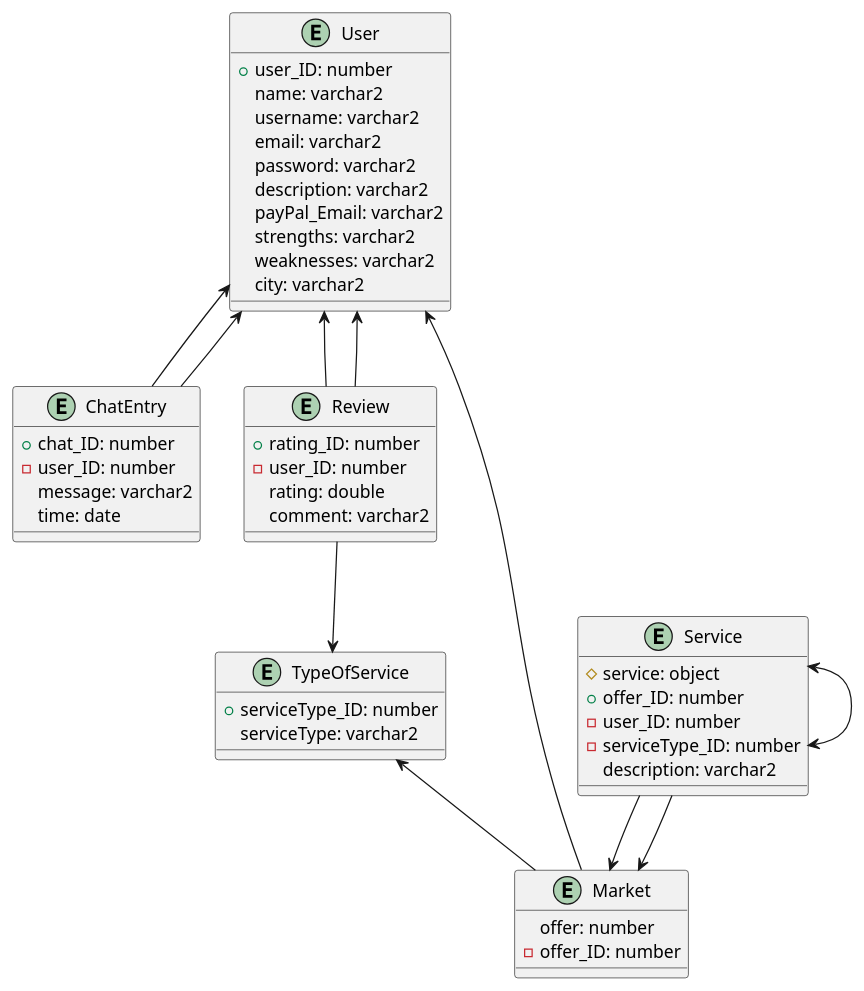
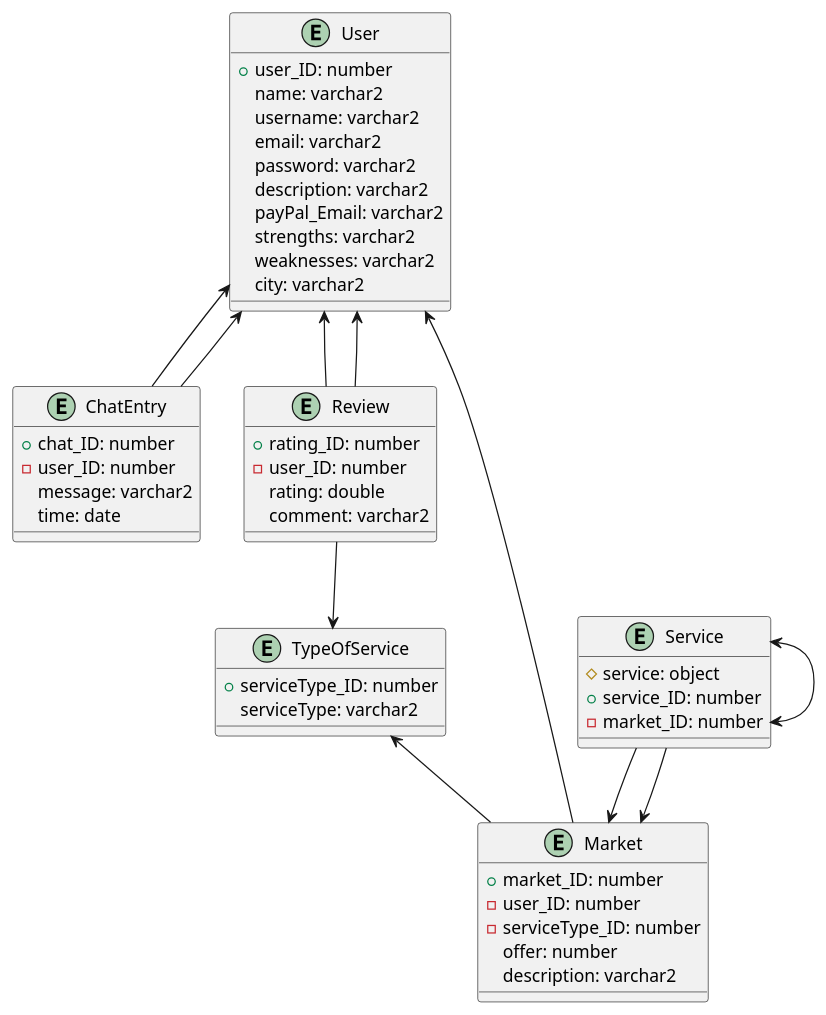
One commit to 2425-4chif-syp/01-projekte-d4d changed the third of 3 diagrams in documenation/Project_Description.adoc. Above: the diagram before and after it, drawn with PlantUML.

Commit message:
docs: Correcting ERD

```diff
--- a/documenation/Project_Description.adoc
+++ b/documenation/Project_Description.adoc
@@ -117,60 +117,61 @@
 ["plantuml"]
 ----
 @startuml
 entity "User" as User {
 +user_ID: number
 name: varchar2
 username: varchar2
 email: varchar2
 password: varchar2
 description: varchar2
 payPal_Email: varchar2
 strengths: varchar2
 weaknesses: varchar2
 city: varchar2
 }
 
 entity "TypeOfService" as TypeOfService {
 +serviceType_ID: number
 serviceType: varchar2
 }
 
 entity "Service" as Service {
 #service: object
-+offer_ID: number
--user_ID: number
--serviceType_ID: number
-description: varchar2
++service_ID: number
+-market_ID: number
 }
 
 entity "Market" as Market {
++market_ID: number
+-user_ID: number
+-serviceType_ID: number
 offer: number
--offer_ID: number
+description: varchar2
 }
 
 entity "ChatEntry" as ChatEntry {
 +chat_ID: number
 -user_ID: number
 message: varchar2
 time: date
 }
 
 entity "Review" as Review {
 +rating_ID: number
 -user_ID: number
 rating: double
 comment: varchar2
 }
 
 User <-- ChatEntry
 User <-- Review
 User <-- Review
 Review --> TypeOfService
 ChatEntry --> User
 TypeOfService <-- Market
 Service --> Market
 Service --> Market
 Service <--> Service
 Market --> User
 @enduml
 ----
```
